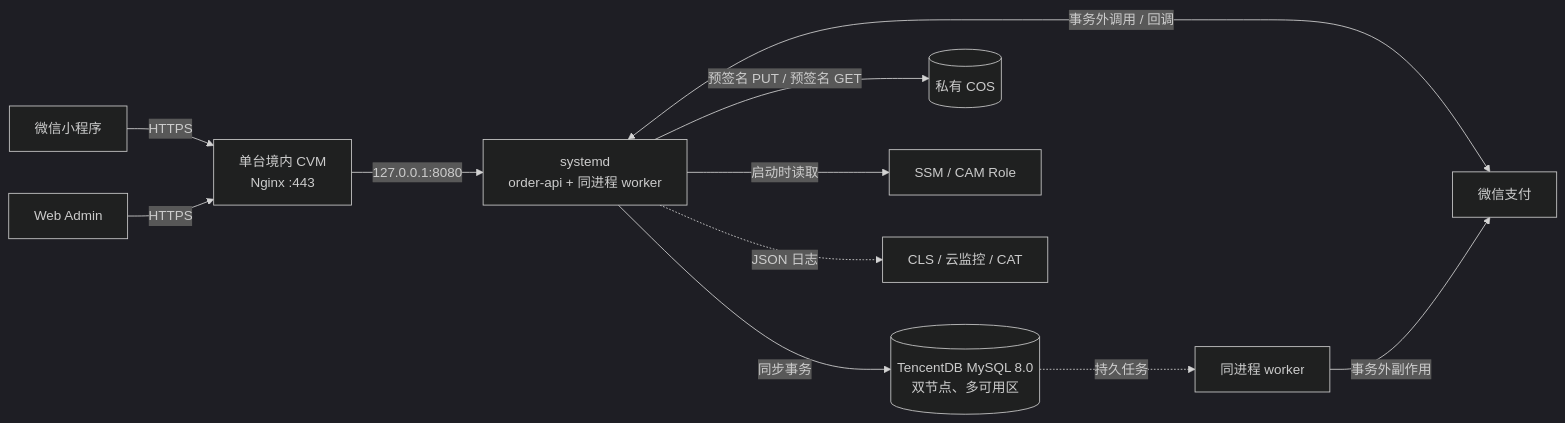
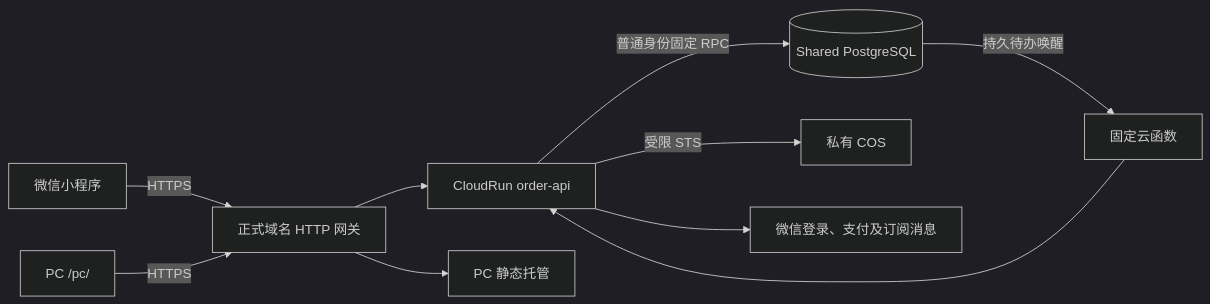
The diagram in docs/product/online-ordering-system-technical.md (gaofeng30/order), drawn with Mermaid (dark theme) before and after one commit. The commit also changed other lines of this file, not shown here.

````diff
--- a/docs/product/online-ordering-system-technical.md
+++ b/docs/product/online-ordering-system-technical.md
@@ -24,13 +17,12 @@
 ```mermaid
 flowchart LR
-    Mini["微信小程序"] -->|HTTPS| Nginx
-    Admin["Web Admin"] -->|HTTPS| Nginx
-    Nginx["单台境内 CVM<br/>Nginx :443"] -->|127.0.0.1:8080| API["systemd<br/>order-api + 同进程 worker"]
-    API -->|同步事务| DB[("TencentDB MySQL 8.0<br/>双节点、多可用区")]
-    API -->|预签名 PUT / 预签名 GET| COS[("私有 COS")]
-    API <-->|事务外调用 / 回调| WX["微信支付"]
-    API -->|启动时读取| SSM["SSM / CAM Role"]
-    API -.JSON 日志.-> OBS["CLS / 云监控 / CAT"]
-    DB -.持久任务.-> Worker["同进程 worker"]
-    Worker -->|事务外副作用| WX
+    Mini["微信小程序"] -->|HTTPS| Gateway["正式域名 HTTP 网关"]
+    Admin["PC /pc/"] -->|HTTPS| Gateway
+    Gateway --> API["CloudRun order-api"]
+    Gateway --> Static["PC 静态托管"]
+    API -->|普通身份固定 RPC| DB[("Shared PostgreSQL")]
+    API -->|受限 STS| COS["私有 COS"]
+    API --> WeChat["微信登录、支付及订阅消息"]
+    DB -->|持久待办唤醒| Wake["固定云函数"]
+    Wake --> API
 ```
````
